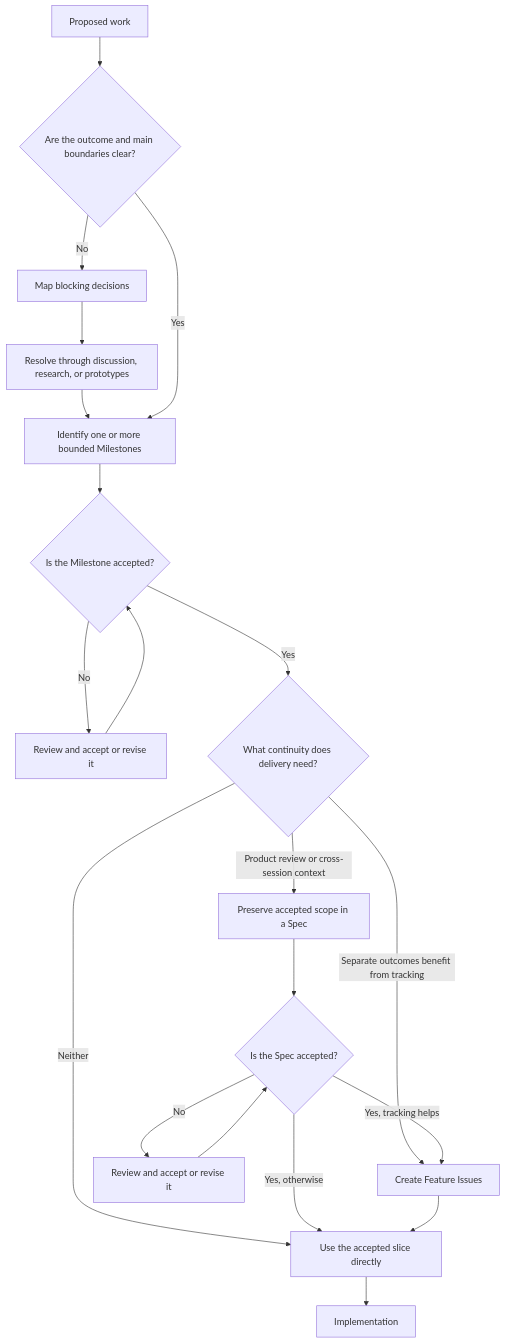
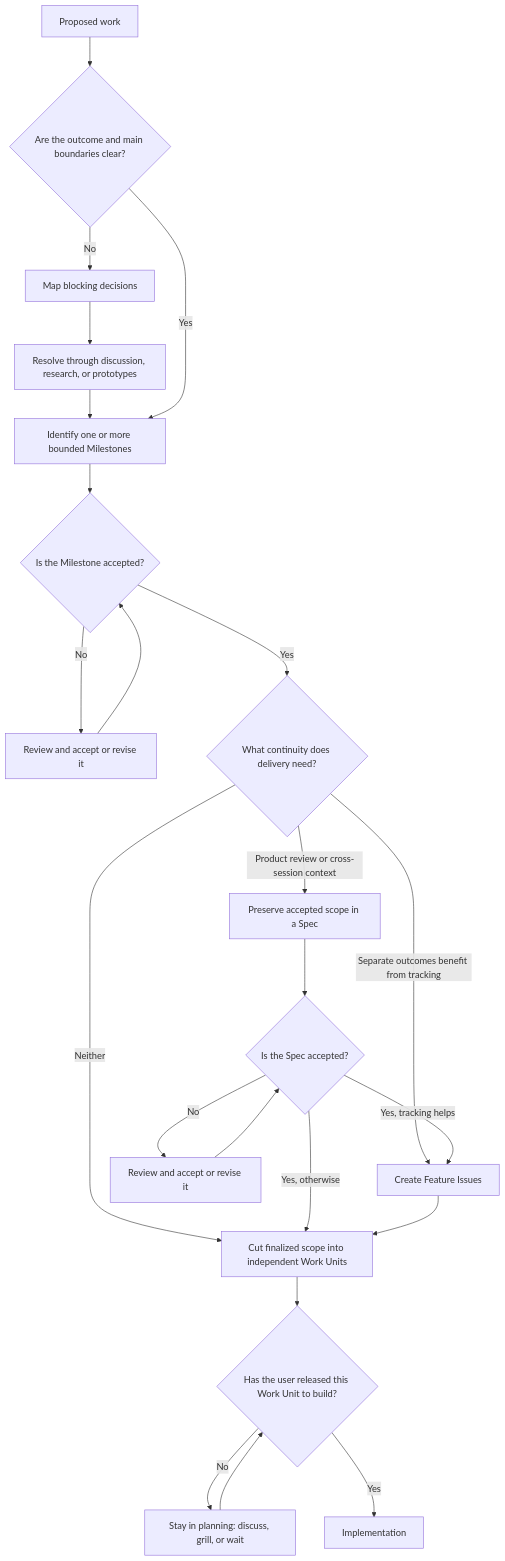
Before and after one commit to synorastudio/eng-playbook: the diagram in workflows/feature-planning.md, drawn with Mermaid. The commit also changed other lines of this file and 14 other files, not shown here.

First line of the commit message:
feat(workflow): gate build behind an explicit per-unit release (#2)

````diff
--- a/workflows/feature-planning.md
+++ b/workflows/feature-planning.md
@@ -7,22 +13,25 @@
 ```mermaid
 flowchart TD
     proposed[Proposed work] --> clear{Are the outcome and main boundaries clear?}
     clear -->|No| decisions[Map blocking decisions]
     decisions --> resolve[Resolve through discussion, research, or prototypes]
     resolve --> milestones[Identify one or more bounded Milestones]
     clear -->|Yes| milestones
     milestones --> accepted{Is the Milestone accepted?}
     accepted -->|No| review[Review and accept or revise it]
     review --> accepted
     accepted -->|Yes| needs{What continuity does delivery need?}
     needs -->|Product review or cross-session context| spec[Preserve accepted scope in a Spec]
     needs -->|Separate outcomes benefit from tracking| issues[Create Feature Issues]
-    needs -->|Neither| slice[Use the accepted slice directly]
+    needs -->|Neither| units
     spec --> specAccepted{Is the Spec accepted?}
     specAccepted -->|No| specReview[Review and accept or revise it]
     specReview --> specAccepted
     specAccepted -->|Yes, tracking helps| issues
-    specAccepted -->|Yes, otherwise| slice
-    issues --> slice
-    slice --> implementation[Implementation]
+    specAccepted -->|Yes, otherwise| units
+    issues --> units[Cut finalized scope into independent Work Units]
+    units --> released{Has the user released this Work Unit to build?}
+    released -->|No| planning[Stay in planning: discuss, grill, or wait]
+    planning --> released
+    released -->|Yes| implementation[Implementation]
 ```
````
